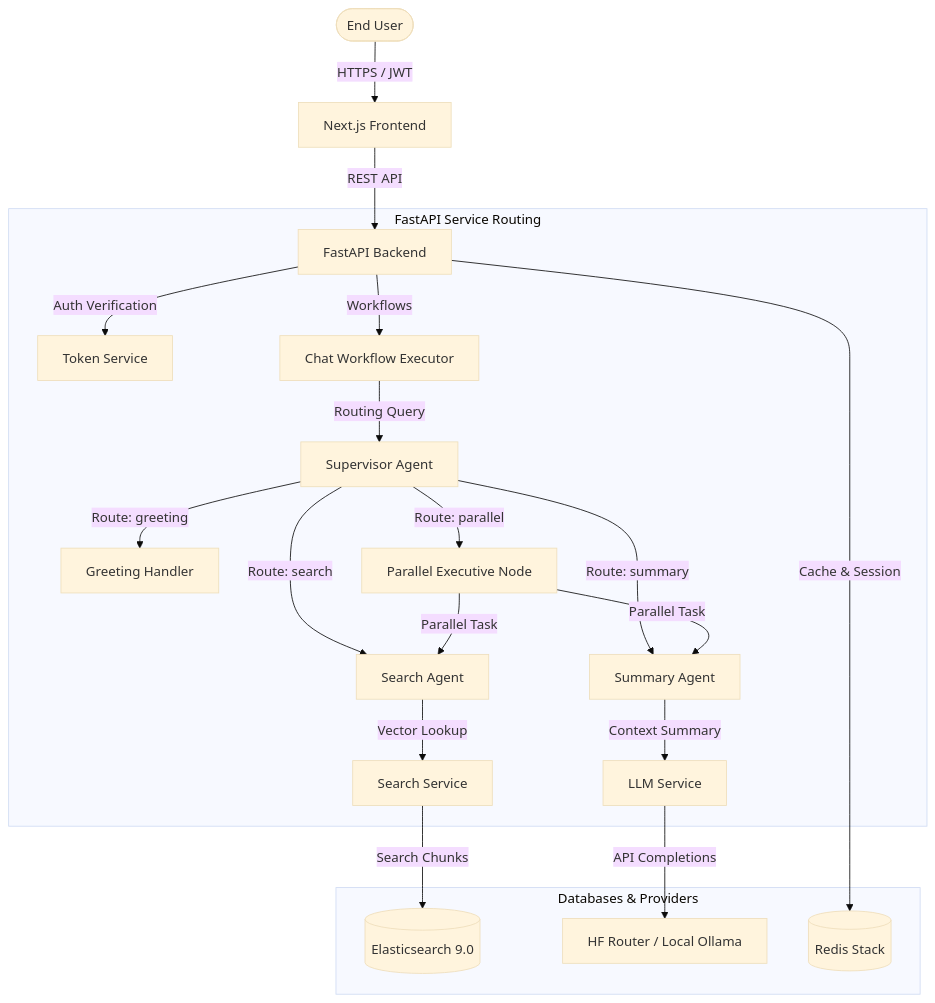
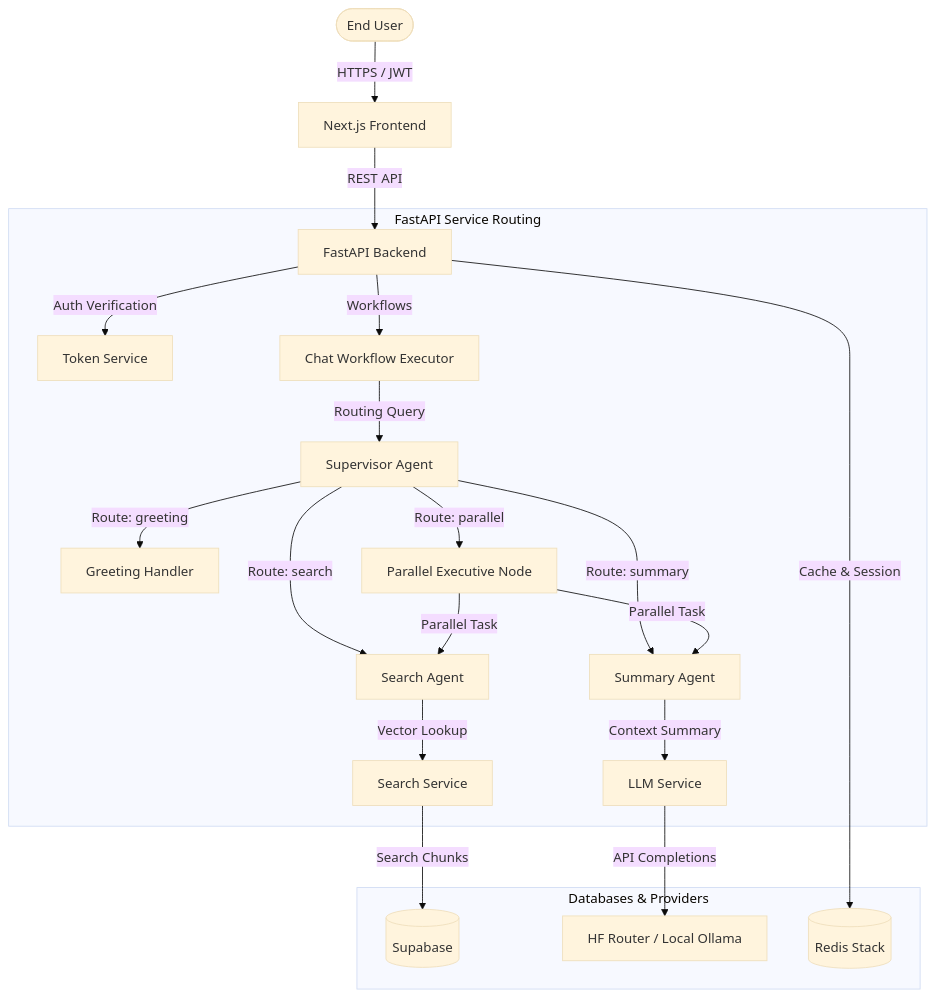
Before and after one commit to Sayan-Official-32/Agentic-Platform: the diagram in README.md, drawn with Mermaid (base theme). The commit also changed other lines of this file and 2 other files, not shown here.

````diff
--- a/README.md
+++ b/README.md
@@ -54,26 +54,26 @@
 ```mermaid
 graph TD
     User([End User]) -->|HTTPS / JWT| FE[Next.js Frontend]
     FE -->|REST API| BE[FastAPI Backend]
 
     subgraph FastAPI Service Routing
         BE -->|Auth Verification| Token[Token Service]
         BE -->|Workflows| WF[Chat Workflow Executor]
         
         WF -->|Routing Query| SV[Supervisor Agent]
         SV -->|Route: greeting| G[Greeting Handler]
         SV -->|Route: search| SA[Search Agent]
         SV -->|Route: summary| SU[Summary Agent]
         SV -->|Route: parallel| PA[Parallel Executive Node]
 
         PA -->|Parallel Task| SA & SU
         SA -->|Vector Lookup| ESClient[Search Service]
         SU -->|Context Summary| LLMClient[LLM Service]
     end
 
     subgraph Databases & Providers
-        ESClient -->|Search Chunks| ES[(Elasticsearch 9.0)]
+        ESClient -->|Search Chunks| ES[(Supabase)]
         LLMClient -->|API Completions| LLM[HF Router / Local Ollama]
         BE -->|Cache & Session| Redis[(Redis Stack)]
     end
 ```
````
